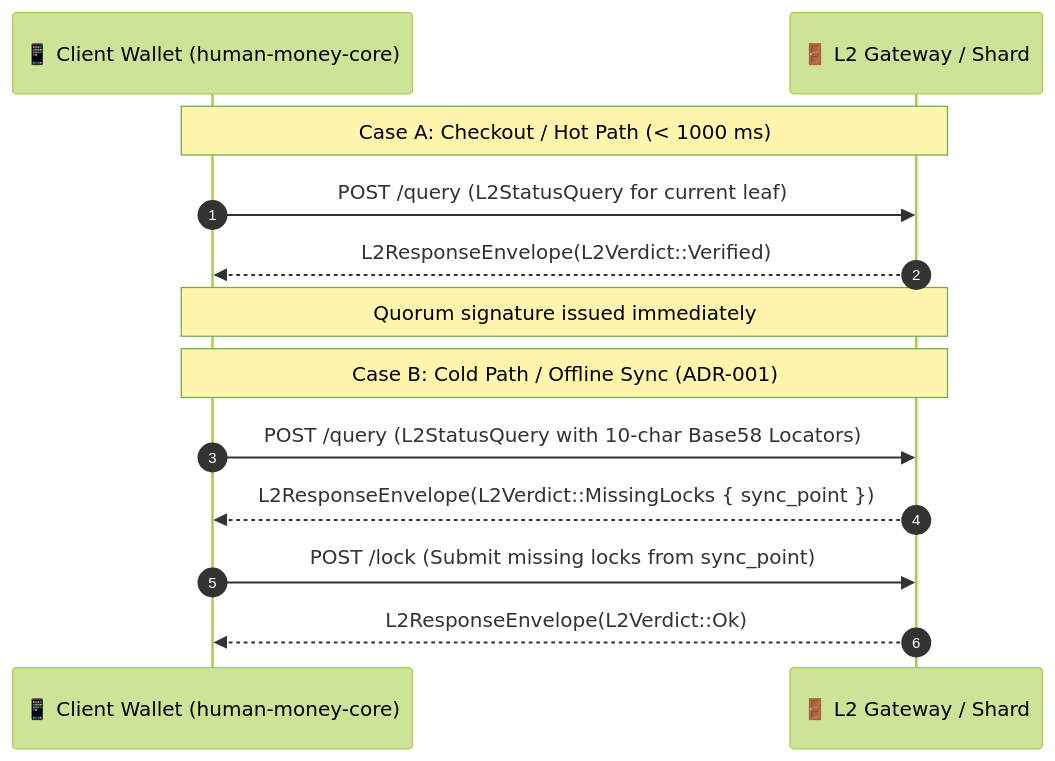
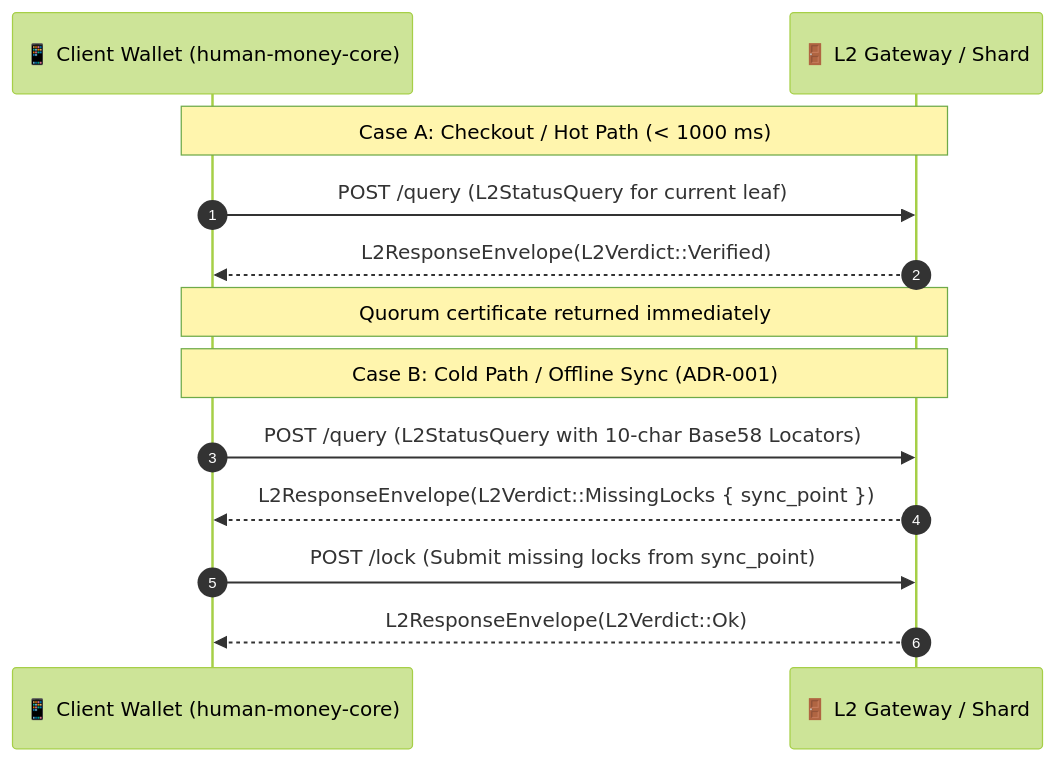
Before and after one commit to minutogit/human-money-node: the third of 3 diagrams in docs/00_architektur_und_mental_model.md, drawn with Mermaid (forest theme). The commit also changed 36 other files, not shown here.

Commit message:
docs: align domain terminology and preserve architecture interview progress

````diff
--- a/docs/00_architektur_und_mental_model.md
+++ b/docs/00_architektur_und_mental_model.md
@@ -65,17 +65,17 @@
 ```mermaid
 sequenceDiagram
     autonumber
     participant Wallet as 📱 Client Wallet (human-money-core)
     participant Gateway as 🚪 L2 Gateway / Shard
 
     Note over Wallet,Gateway: Case A: Checkout / Hot Path (< 1000 ms)
     Wallet->>Gateway: POST /query (L2StatusQuery for current leaf)
     Gateway-->>Wallet: L2ResponseEnvelope(L2Verdict::Verified)
-    Note over Wallet,Gateway: Quorum signature issued immediately
+    Note over Wallet,Gateway: Quorum certificate returned immediately
 
     Note over Wallet,Gateway: Case B: Cold Path / Offline Sync (ADR-001)
     Wallet->>Gateway: POST /query (L2StatusQuery with 10-char Base58 Locators)
     Gateway-->>Wallet: L2ResponseEnvelope(L2Verdict::MissingLocks { sync_point })
     Wallet->>Gateway: POST /lock (Submit missing locks from sync_point)
     Gateway-->>Wallet: L2ResponseEnvelope(L2Verdict::Ok)
 ```
````
